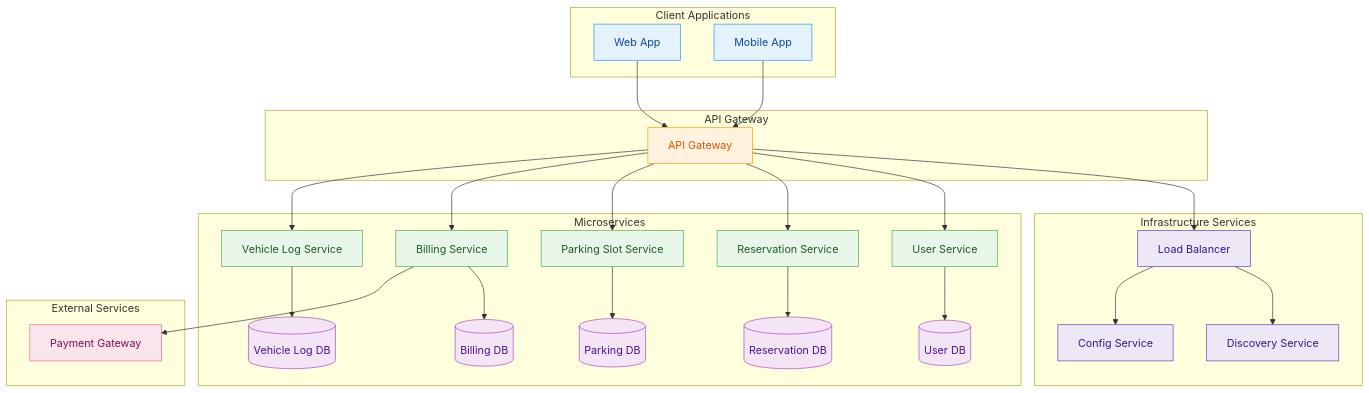
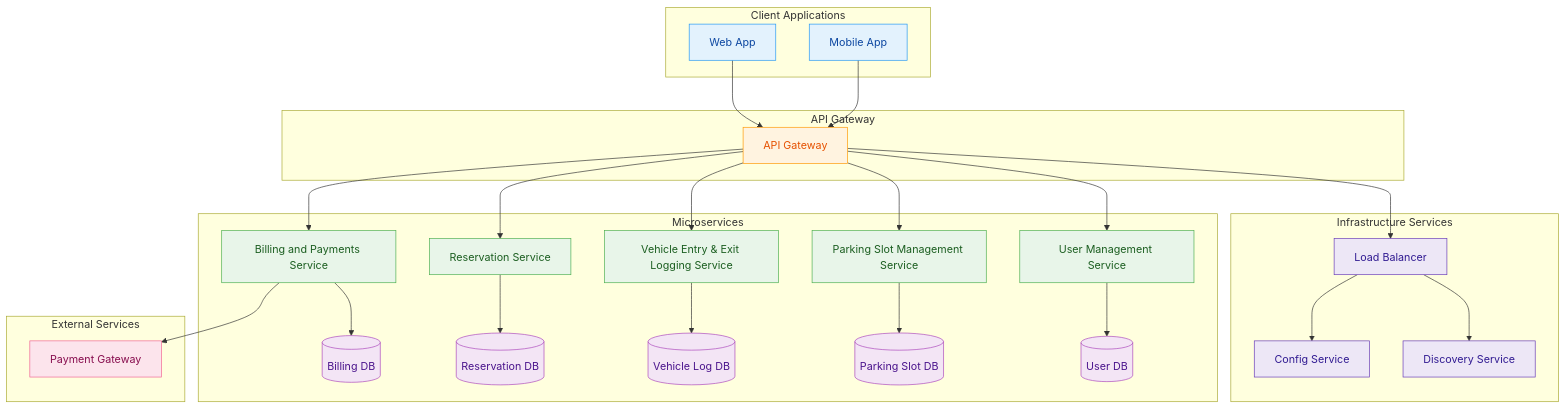
One commit to AtharvaPimple/vehicle-parking-system changed the diagram in readme2.md. Above: the diagram before and after it, drawn with Mermaid.

````diff
--- a/readme2.md
+++ b/readme2.md
@@ -55,58 +55,59 @@
 ```mermaid
 flowchart TD
- 
+
   subgraph Client [Client Applications]
     A[Web App]
     B[Mobile App]
   end
- 
+
   subgraph Gateway [API Gateway]
     C[API Gateway]
   end
- 
+
   subgraph Infra [Infrastructure Services]
     D[Load Balancer]
     E[Discovery Service]
     F[Config Service]
   end
- 
+
   subgraph Services [Microservices]
-    G[User Service] --> GDB[(User DB)]
-    H[Reservation Service] --> HDB[(Reservation DB)]
-    I[Parking Slot Service] --> IDB[(Parking DB)]
-    J[Billing Service] --> JDB[(Billing DB)]
-    K[Vehicle Log Service] --> KDB[(Vehicle Log DB)]
+    G[User Management Service] --> GDB[(User DB)]
+    H[Parking Slot Management Service] --> HDB[(Parking Slot DB)]
+    I[Vehicle Entry & Exit Logging Service] --> IDB[(Vehicle Log DB)]
+    J[Reservation Service] --> JDB[(Reservation DB)]
+    K[Billing and Payments Service] --> KDB[(Billing DB)]
   end
- 
+
   subgraph External [External Services]
     M[Payment Gateway]
   end
- 
+
   %% Connections
   A --> C
   B --> C
   C --> D
   D --> E
   D --> F
   C --> G
   C --> H
   C --> I
   C --> J
   C --> K
-  J --> M
- 
+  K --> M
+
   %% Styling
   classDef client fill:#e3f2fd,stroke:#2196f3,color:#0d47a1
   classDef gateway fill:#fff3e0,stroke:#ff9800,color:#e65100
   classDef infra fill:#ede7f6,stroke:#673ab7,color:#311b92
   classDef service fill:#e8f5e9,stroke:#4caf50,color:#1b5e20
   classDef external fill:#fce4ec,stroke:#f06292,color:#880e4f
   classDef db fill:#f3e5f5,stroke:#ab47bc,color:#4a148c
- 
+
   class A,B client
   class C gateway
   class D,E,F infra
   class G,H,I,J,K service
   class M external
   class GDB,HDB,IDB,JDB,KDB db
+
 ```
````
